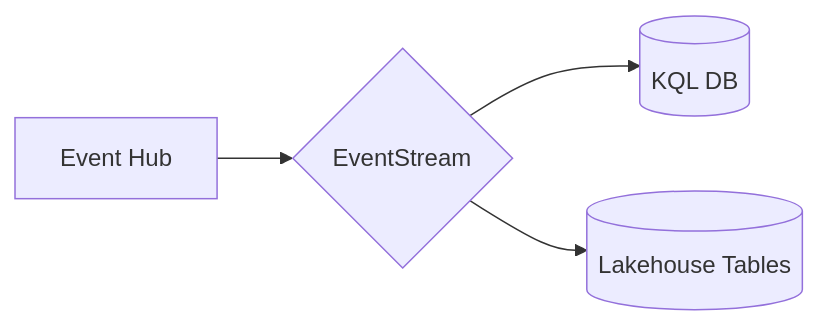
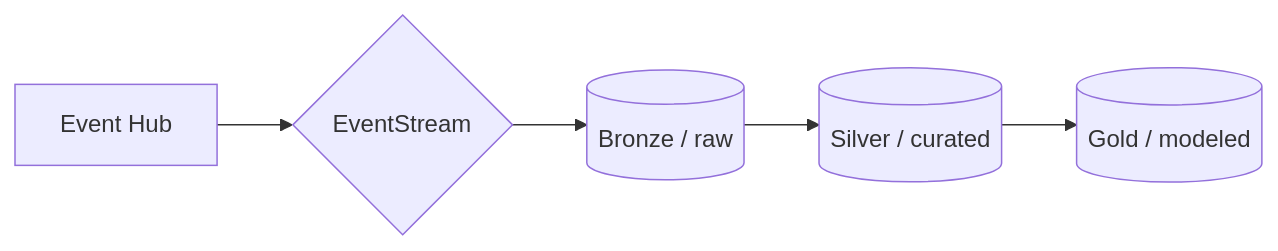
One commit to microsoft/fabricrealtimelab changed the diagram in modules/module06b.md. Above: the diagram before and after it, drawn with Mermaid. The commit also changed other lines of this file and 1 other file, not shown here.

````diff
--- a/modules/module06b.md
+++ b/modules/module06b.md
@@ -27,6 +23,7 @@
 ```mermaid
 flowchart LR
     A[Event Hub] --> B{EventStream}
-    B --> C[(KQL DB)]
-    B --> D[(Lakehouse Tables)]
+    B --> C[(Bronze / raw)]
+    C --> D[(Silver / curated)]
+    D --> E[(Gold / modeled)]
 ```
````
